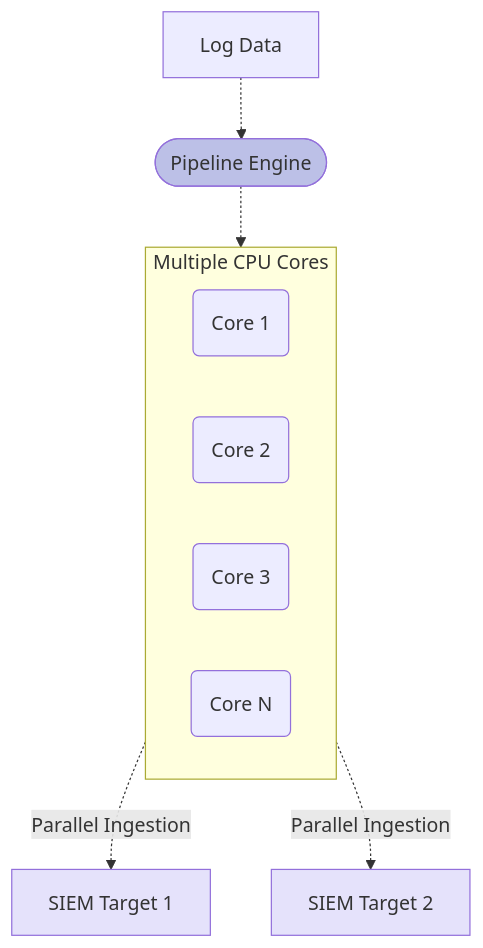
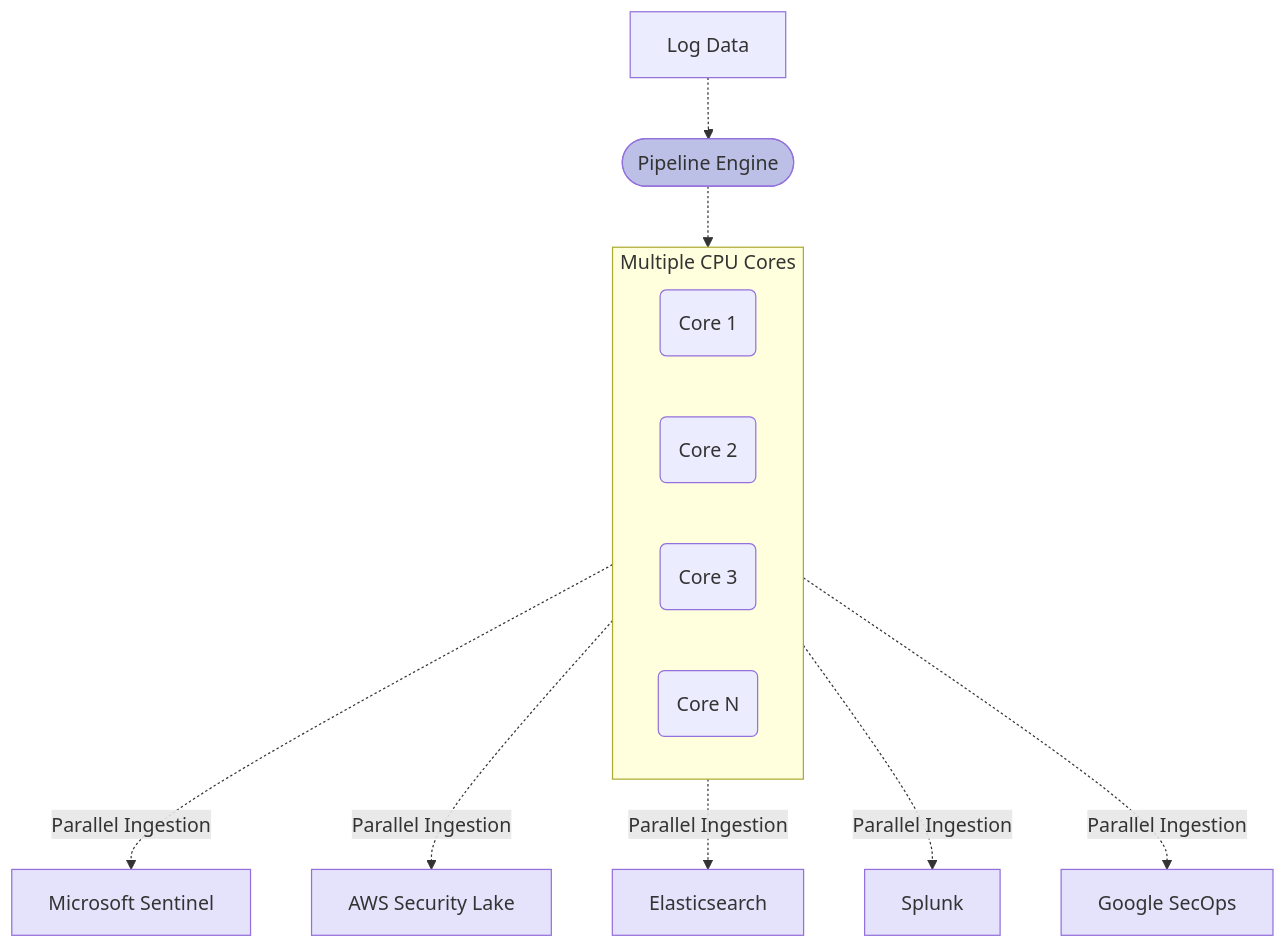
One commit to VirtualMetric/virtualmetric-docs changed the third of 8 diagrams in docs/about/key-features.mdx. Above: the diagram before and after it, drawn with Mermaid. The commit also changed other lines of this file and 9 other files, not shown here.

````diff
--- a/docs/about/key-features.mdx
+++ b/docs/about/key-features.mdx
@@ -69,19 +105,25 @@
 ```mermaid
 graph TD
     subgraph Cores[Multiple CPU Cores]
         C1(Core 1)
         C2(Core 2)
         C3(Core 3)
         C4(Core N)
     end
     
     Data[Log Data] -.-> Pipeline([Pipeline Engine])
     Pipeline -.-> Cores
     
-    Cores -.-> |Parallel Ingestion| SIEM1[SIEM Target 1]
-    Cores -.-> |Parallel Ingestion| SIEM2[SIEM Target 2]
+    Cores -.-> |Parallel Ingestion| SIEM1[Microsoft Sentinel]
+    Cores -.-> |Parallel Ingestion| SIEM2[AWS Security Lake]
+    Cores -.-> |Parallel Ingestion| SIEM3[Elasticsearch]
+    Cores -.-> |Parallel Ingestion| SIEM4[Splunk]
+    Cores -.-> |Parallel Ingestion| SIEM5[Google SecOps]
     
     style Pipeline fill:#BCC0E7
     style SIEM1 fill:#E5E2FB
     style SIEM2 fill:#E5E2FB
+    style SIEM3 fill:#E5E2FB
+    style SIEM4 fill:#E5E2FB
+    style SIEM5 fill:#E5E2FB
 ```
````
